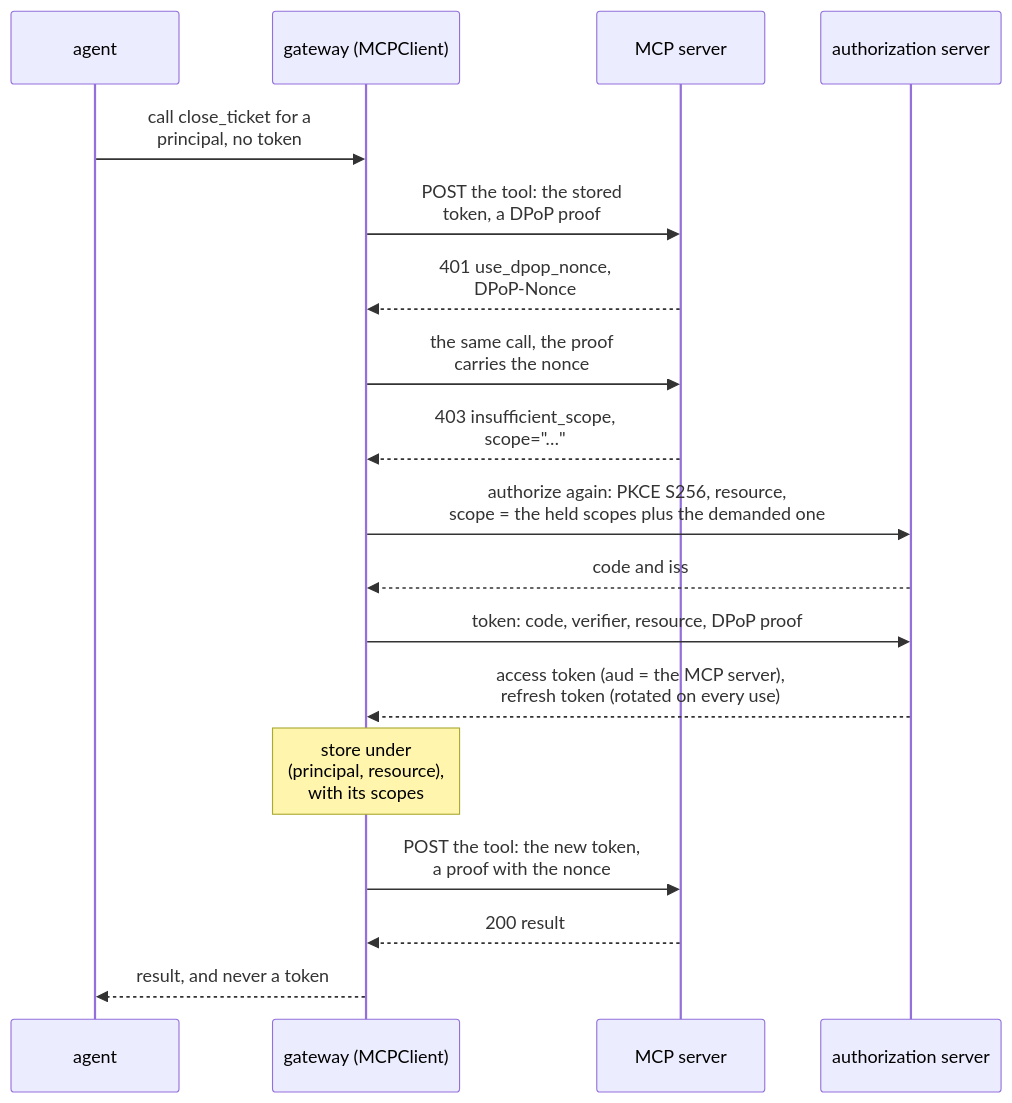
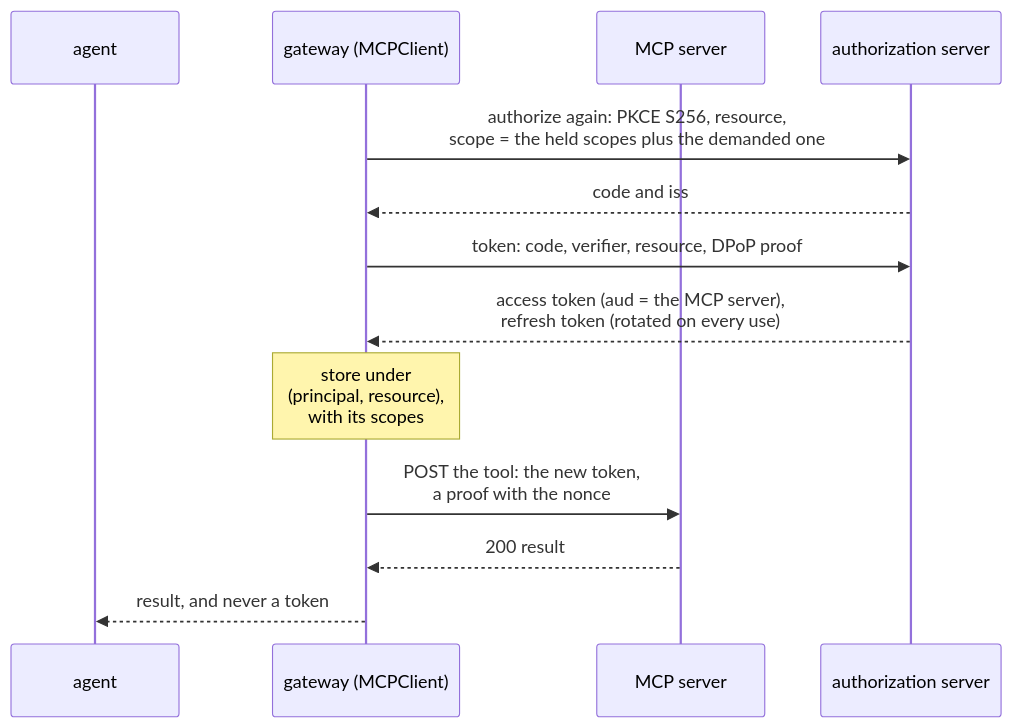
One commit to aniryou/full-stack-agentic-engineer changed the ninth of 9 diagrams in 06-gateway/llm-gateway/PRIMER.md. Above: the diagram before and after it, drawn with Mermaid. The commit also changed other lines of this file and 105 other files, not shown here.

````diff
--- a/06-gateway/llm-gateway/PRIMER.md
+++ b/06-gateway/llm-gateway/PRIMER.md
@@ -1074,20 +1092,15 @@
 ```mermaid
 sequenceDiagram
     participant A as agent
     participant G as gateway (MCPClient)
     participant S as MCP server
     participant AS as authorization server
-    A->>G: call close_ticket for a<br/>principal, no token
-    G->>S: POST the tool: the stored<br/>token, a DPoP proof
-    S-->>G: 401 use_dpop_nonce,<br/>DPoP-Nonce
-    G->>S: the same call, the proof<br/>carries the nonce
-    S-->>G: 403 insufficient_scope,<br/>scope="…"
     G->>AS: authorize again: PKCE S256, resource,<br/>scope = the held scopes plus the demanded one
     AS-->>G: code and iss
     G->>AS: token: code, verifier, resource, DPoP proof
     AS-->>G: access token (aud = the MCP server),<br/>refresh token (rotated on every use)
     Note over G: store under<br/>(principal, resource),<br/>with its scopes
     G->>S: POST the tool: the new token,<br/>a proof with the nonce
     S-->>G: 200 result
     G-->>A: result, and never a token
 ```
````
